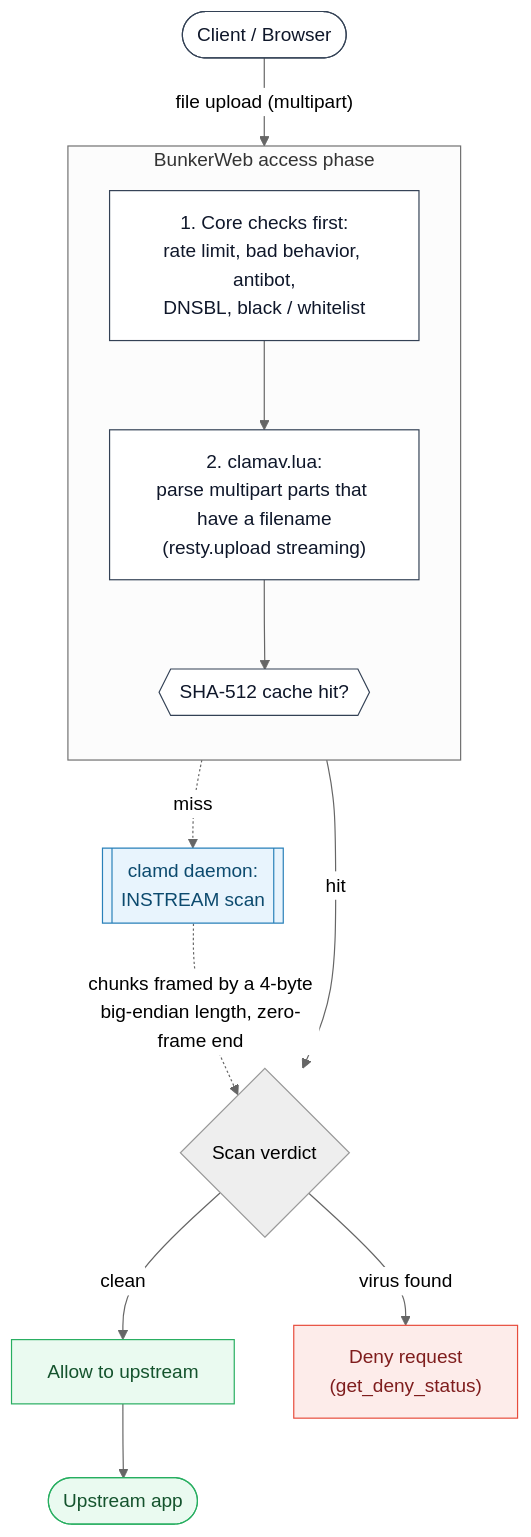
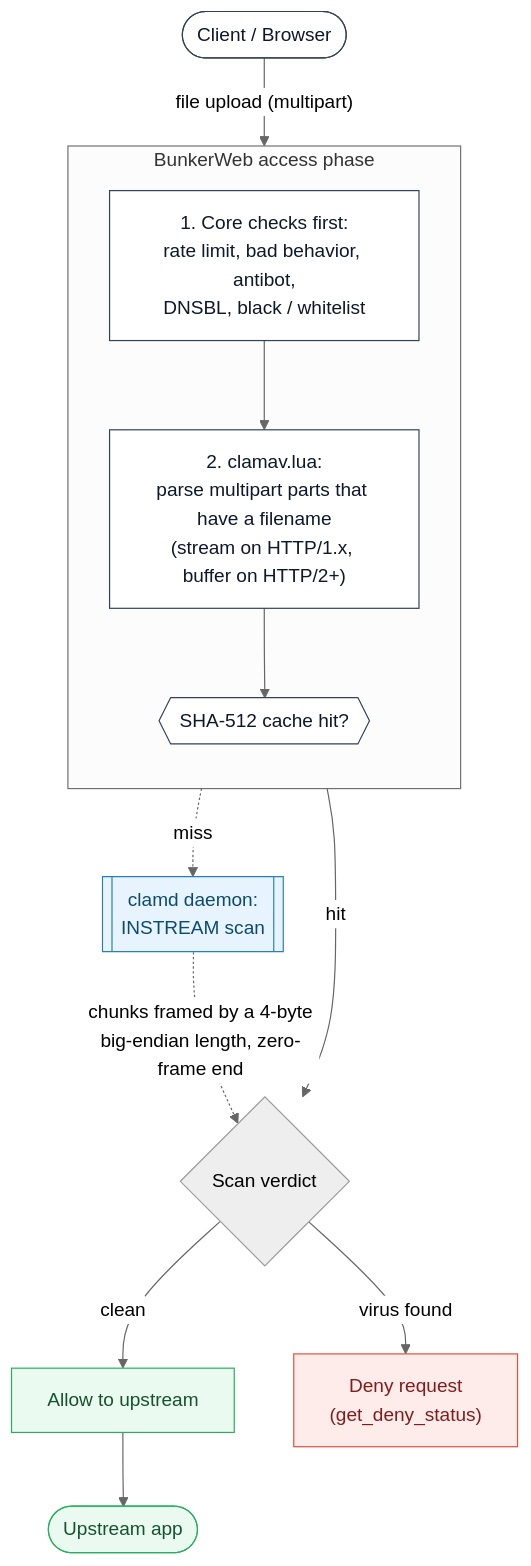
Before and after one commit to bunkerity/bunkerweb-plugins: the diagram in clamav/README.md, drawn with Mermaid (neutral theme). The commit also changed other lines of this file and 11 other files, not shown here.

Commit message:
fix(clamav,virustotal): scan uploads over HTTP/2 and HTTP/3

````diff
--- a/clamav/README.md
+++ b/clamav/README.md
@@ -5,38 +5,38 @@
 ```mermaid
 flowchart TD
     accTitle: BunkerWeb ClamAV plugin request flow
-    accDescr: A multipart upload first passes BunkerWeb core checks, then clamav.lua streams each file part to the clamd daemon over the binary INSTREAM TCP protocol. A SHA-512 cache short-circuits files already scanned. A clean verdict reaches the upstream while a detection denies the request.
+    accDescr: A multipart upload first passes BunkerWeb core checks, then clamav.lua streams (HTTP/1.x) or buffers and parses (HTTP/2 and HTTP/3) each file part and sends it to the clamd daemon over the binary INSTREAM TCP protocol. A SHA-512 cache short-circuits files already scanned. A clean verdict reaches the upstream while a detection denies the request.
 
     client([Client / Browser])
 
     subgraph bw[BunkerWeb access phase]
         direction TB
         core["1. Core checks first:<br/>rate limit, bad behavior, antibot,<br/>DNSBL, black / whitelist"]
-        lua["2. clamav.lua:<br/>parse multipart parts that have a filename<br/>(resty.upload streaming)"]
+        lua["2. clamav.lua:<br/>parse multipart parts that have a filename<br/>(stream on HTTP/1.x, buffer on HTTP/2+)"]
         cache{{"SHA-512 cache hit?"}}
         core --> lua --> cache
     end
 
     clamd[["clamd daemon:<br/>INSTREAM scan"]]
     verdict{"Scan verdict"}
     allow["Allow to upstream"]
     deny["Deny request<br/>(get_deny_status)"]
     upstream([Upstream app])
 
     client -->|"file upload (multipart)"| core
     cache -.->|miss| clamd
     clamd -.->|"chunks framed by a 4-byte<br/>big-endian length, zero-frame end"| verdict
     cache -->|hit| verdict
     verdict -->|clean| allow
     verdict -->|virus found| deny
     allow --> upstream
 
     classDef ok fill:#eafaf0,stroke:#27ae60,color:#14532d;
     classDef deny fill:#fdecea,stroke:#e74c3c,color:#7f1d1d;
     classDef svc fill:#e8f4fd,stroke:#2980b9,color:#0c4a6e;
     classDef app fill:#ffffff,stroke:#334155,color:#0f172a;
     class allow,upstream ok;
     class deny deny;
     class clamd svc;
     class client,core,lua,cache app;
 ```
````
